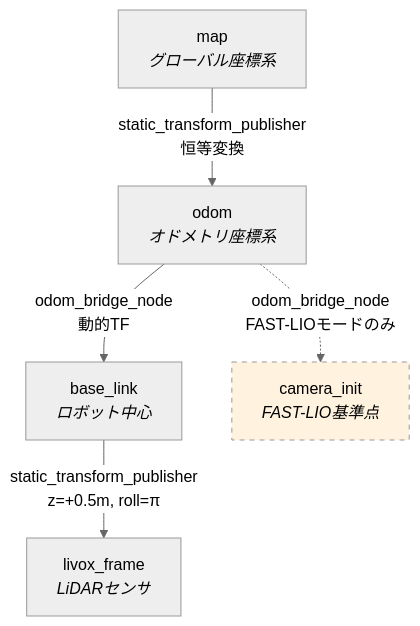
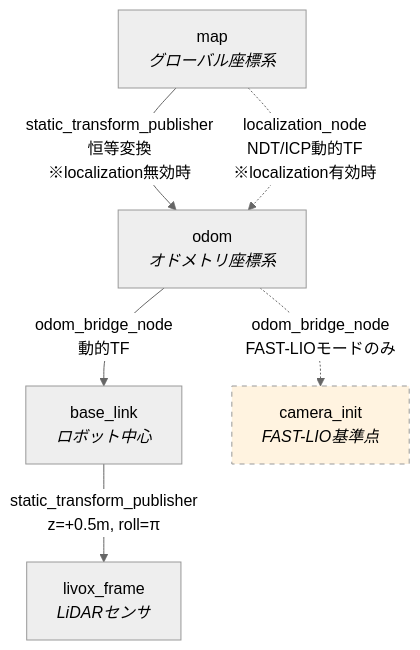
One commit to team-continue/core2026 changed the diagram in docs/architecture/tf-tree.md. Above: the diagram before and after it, drawn with Mermaid (neutral theme). The commit also changed other lines of this file and 13 other files, not shown here.

First line of the commit message:
feat: NDT/ICPベースのグローバル局在化パッケージ core_localization を追加

````diff
--- a/docs/architecture/tf-tree.md
+++ b/docs/architecture/tf-tree.md
@@ -5,15 +5,16 @@
 ```mermaid
 graph TD
     map["map<br/><i>グローバル座標系</i>"]
     odom["odom<br/><i>オドメトリ座標系</i>"]
     base_link["base_link<br/><i>ロボット中心</i>"]
     livox_frame["livox_frame<br/><i>LiDARセンサ</i>"]
     camera_init["camera_init<br/><i>FAST-LIO基準点</i>"]
 
-    map -->|"static_transform_publisher<br/>恒等変換"| odom
+    map -->|"static_transform_publisher<br/>恒等変換<br/>※localization無効時"| odom
+    map -.->|"localization_node<br/>NDT/ICP動的TF<br/>※localization有効時"| odom
     odom -->|"odom_bridge_node<br/>動的TF"| base_link
     base_link -->|"static_transform_publisher<br/>z=+0.5m, roll=π"| livox_frame
     odom -.->|"odom_bridge_node<br/>FAST-LIOモードのみ"| camera_init
 
     style camera_init fill:#fff3e0,stroke-dasharray: 5 5
 ```
````
